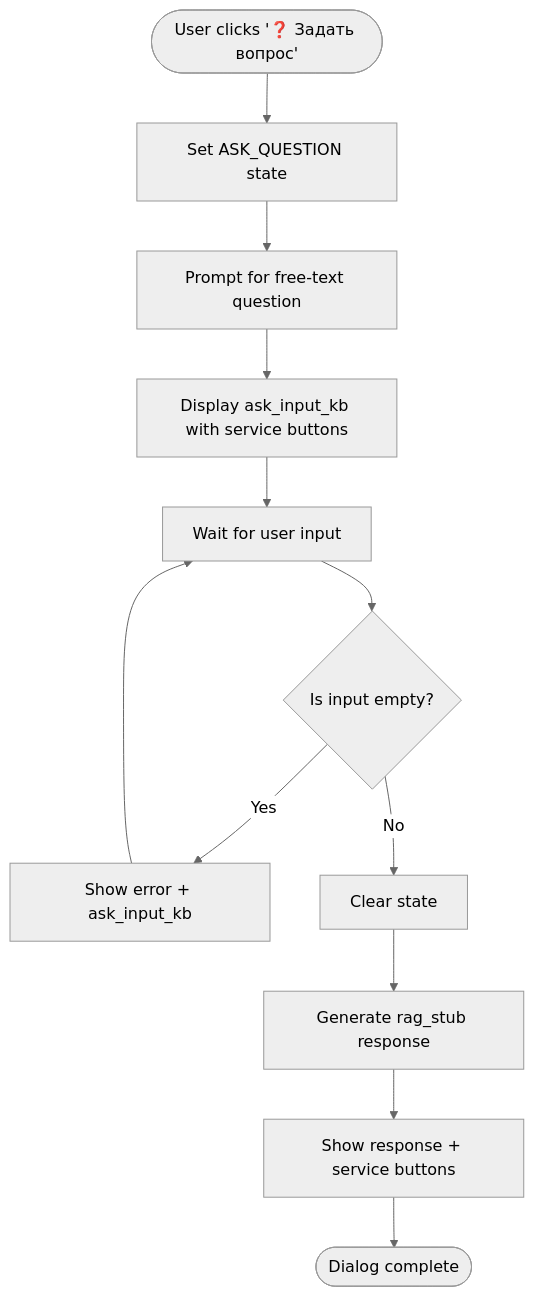
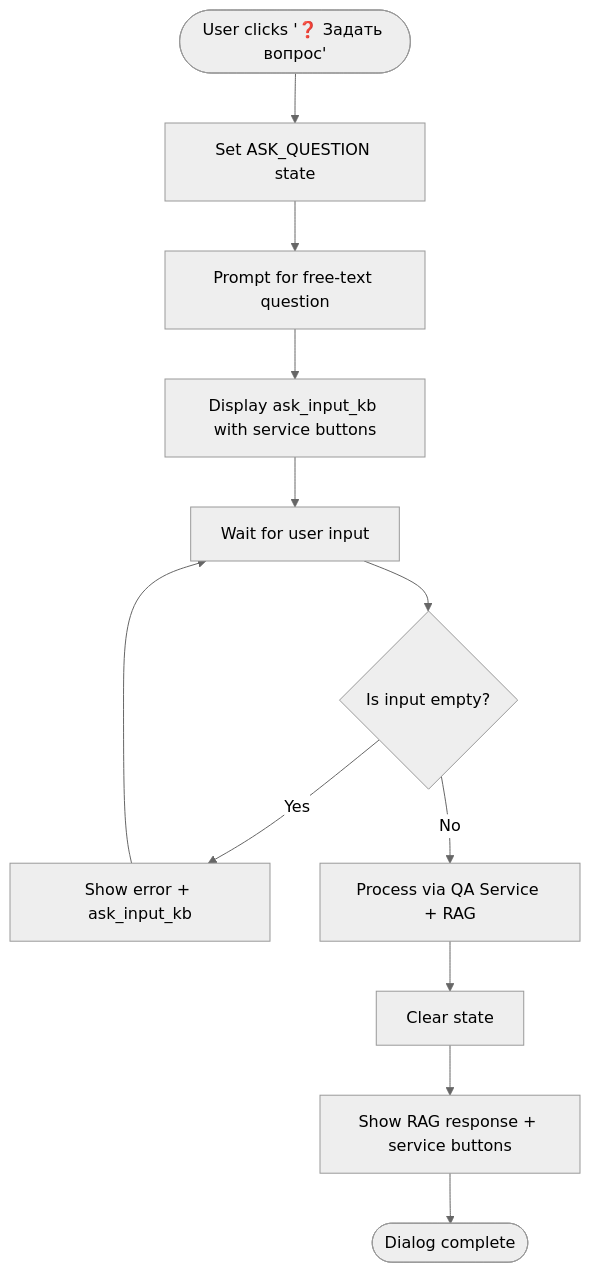
The third of 9 diagrams in .qoder/repowiki/en/content/RAG Integration.md (ognelis/cafetera_hr_bot), drawn with Mermaid (neutral theme) before and after one commit. The commit also changed other lines of this file and 9 other files, not shown here.

````diff
--- a/.qoder/repowiki/en/content/RAG Integration.md
+++ b/.qoder/repowiki/en/content/RAG Integration.md
@@ -280,14 +176,14 @@
 ```mermaid
 flowchart TD
 Start(["User clicks '❓ Задать вопрос'"]) --> SetState["Set ASK_QUESTION state"]
 SetState --> Prompt["Prompt for free-text question"]
 Prompt --> ShowKB["Display ask_input_kb with service buttons"]
 ShowKB --> WaitInput["Wait for user input"]
 WaitInput --> Validate{"Is input empty?"}
 Validate --> |Yes| ShowError["Show error + ask_input_kb"]
 ShowError --> WaitInput
-Validate --> |No| ClearState["Clear state"]
-ClearState --> GenerateResponse["Generate rag_stub response"]
-GenerateResponse --> ShowResponse["Show response + service buttons"]
+Validate --> |No| ProcessQuestion["Process via QA Service + RAG"]
+ProcessQuestion --> ClearState["Clear state"]
+ClearState --> ShowResponse["Show RAG response + service buttons"]
 ShowResponse --> End(["Dialog complete"])
 ```
````
